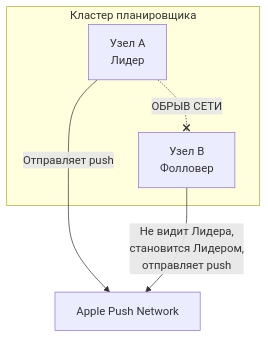
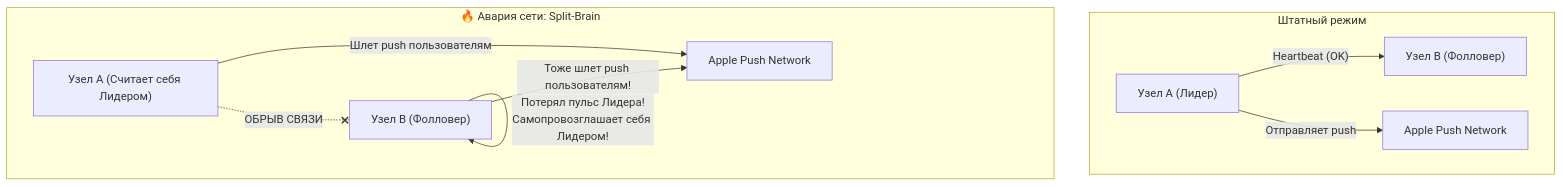
One commit to UnrealTemplier/go-textbook changed the first of 3 diagrams in sources/14. Распределенные системы на Go/02. Консенсус/1. Зачем нужен consensus.md. Above: the diagram before and after it, drawn with Mermaid. The commit also changed other lines of this file, not shown here.

````diff
--- a/sources/14. Распределенные системы на Go/02. Консенсус/1. Зачем нужен consensus.md
+++ b/sources/14. Распределенные системы на Go/02. Консенсус/1. Зачем нужен consensus.md
@@ -41,9 +61,14 @@
 ```mermaid
 flowchart TD
-    subgraph Cluster ["Кластер планировщика"]
-        NodeA["Узел A <br>Лидер"] -.-x|"ОБРЫВ СЕТИ"| NodeB["Узел B <br>Фолловер"]
+    subgraph NormalState ["Штатный режим"]
+        NodeA1["Узел A (Лидер)"] -->|"Heartbeat (OK)"| NodeB1["Узел B (Фолловер)"]
+        NodeA1 -->|"Отправляет push"| APNS1[Apple Push Network]
     end
-    
-    NodeA -->|"Отправляет push"| APNS["Apple Push Network"]
-    NodeB -->|"Не видит Лидера,<br>становится Лидером,<br>отправляет push"| APNS
+
+    subgraph PartitionState ["🔥 Авария сети: Split-Brain"]
+        NodeA2["Узел A (Считает себя Лидером)"] -.-x|"ОБРЫВ СВЯЗИ"| NodeB2["Узел B (Фолловер)"]
+        NodeA2 -->|"Шлет push пользователям"| APNS2[Apple Push Network]
+        NodeB2 -->|"Потерял пульс Лидера!<br>Самопровозглашает себя Лидером!"| NodeB2
+        NodeB2 -->|"Тоже шлет push пользователям!"| APNS2
+    end
 ```
````
